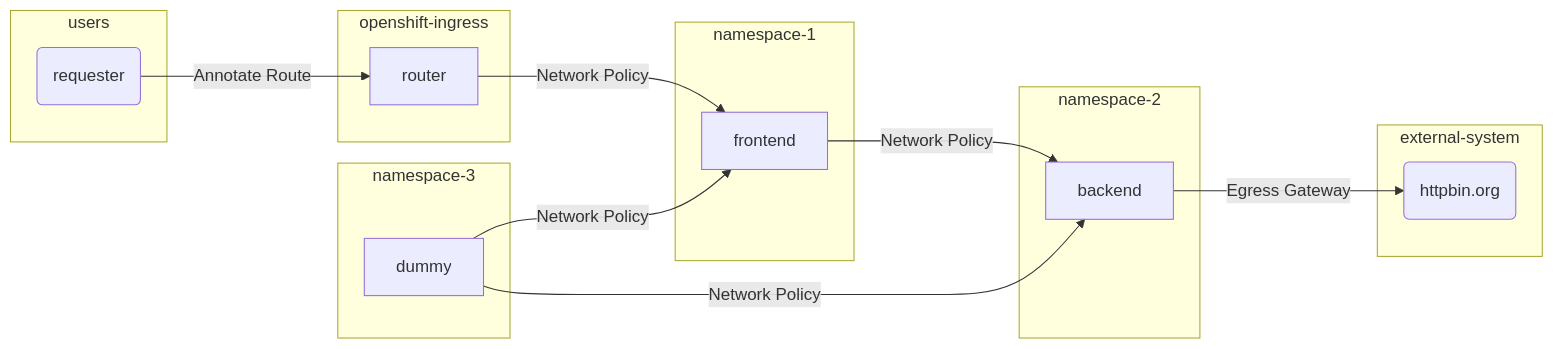
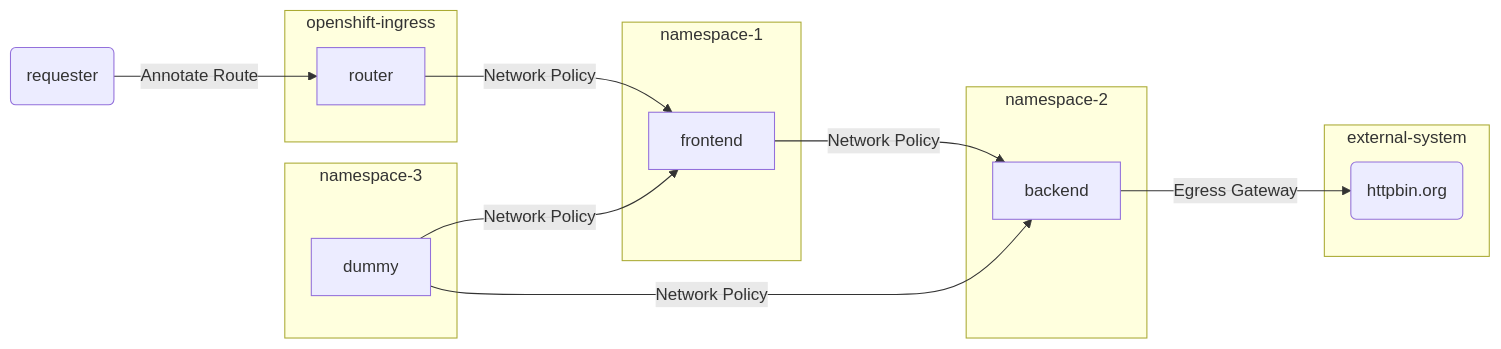
The diagram in docs/05-TRAFFIC_CONTROL.md (rhthsa/OpenShift-POC-AppDev), drawn with Mermaid before and after one commit.

Commit message:
update diagram

````diff
--- a/docs/05-TRAFFIC_CONTROL.md
+++ b/docs/05-TRAFFIC_CONTROL.md
@@ -15,28 +15,26 @@
 ```mermaid
 graph LR
+
     id1(requester)-- Annotate Route -->router
-    subgraph users
-    id1(requester)
-    end
     router-- Network Policy -->frontend
     subgraph openshift-ingress
     router
     end
     frontend-- Network Policy -->backend
     subgraph namespace-1
     frontend
     end
     subgraph namespace-2
     backend
     end
     backend-- Egress Gateway -->id5(httpbin.org)
     subgraph external-system
     id5(httpbin.org)
     end
 
     dummy-- Network Policy -->frontend
     dummy-- Network Policy -->backend
     subgraph namespace-3
     dummy
     end
 ```
````
